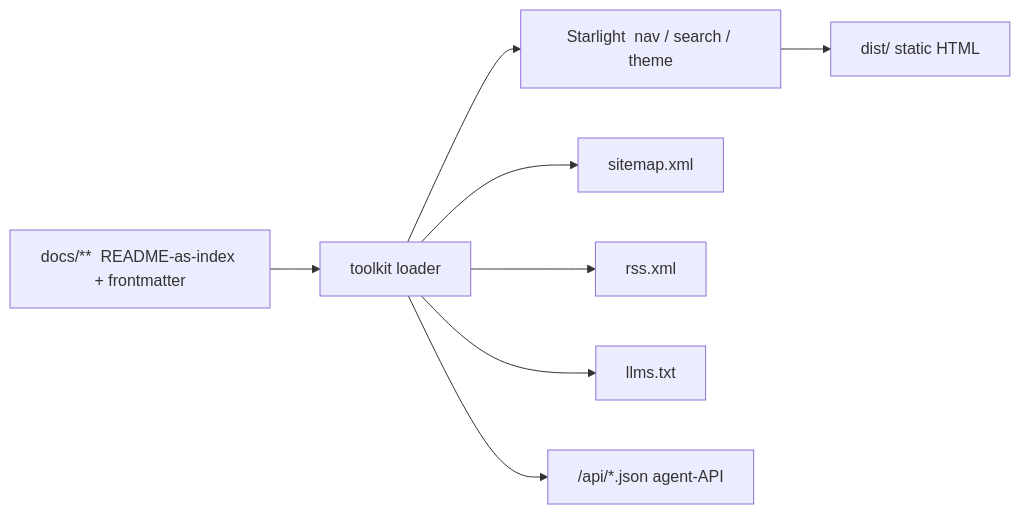
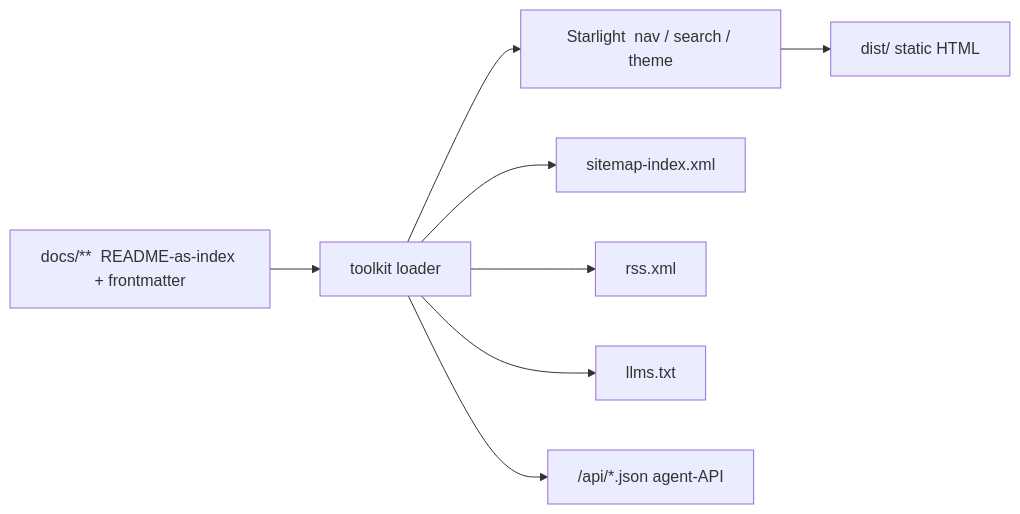
One commit to spec-kitty/doc-kitty changed the diagram in example/docs/architecture/overview.md. Above: the diagram before and after it, drawn with Mermaid. The commit also changed 12 other files, not shown here.

````diff
--- a/example/docs/architecture/overview.md
+++ b/example/docs/architecture/overview.md
@@ -23,12 +23,12 @@
 ```mermaid
 %% title: Build pipeline
 %% description: The docs/ tree feeds the toolkit loader, which fans out to Starlight, the sitemap, RSS, llms.txt, and the agent-API, then Starlight emits the static site.
 flowchart LR
   D[docs/**  README-as-index + frontmatter] --> L[toolkit loader]
   L --> S[Starlight  nav / search / theme]
-  L --> M[sitemap.xml]
+  L --> M[sitemap-index.xml]
   L --> R[rss.xml]
   L --> T[llms.txt]
   L --> A["/api/*.json  agent-API"]
   S --> H[dist/  static HTML]
 ```
````
